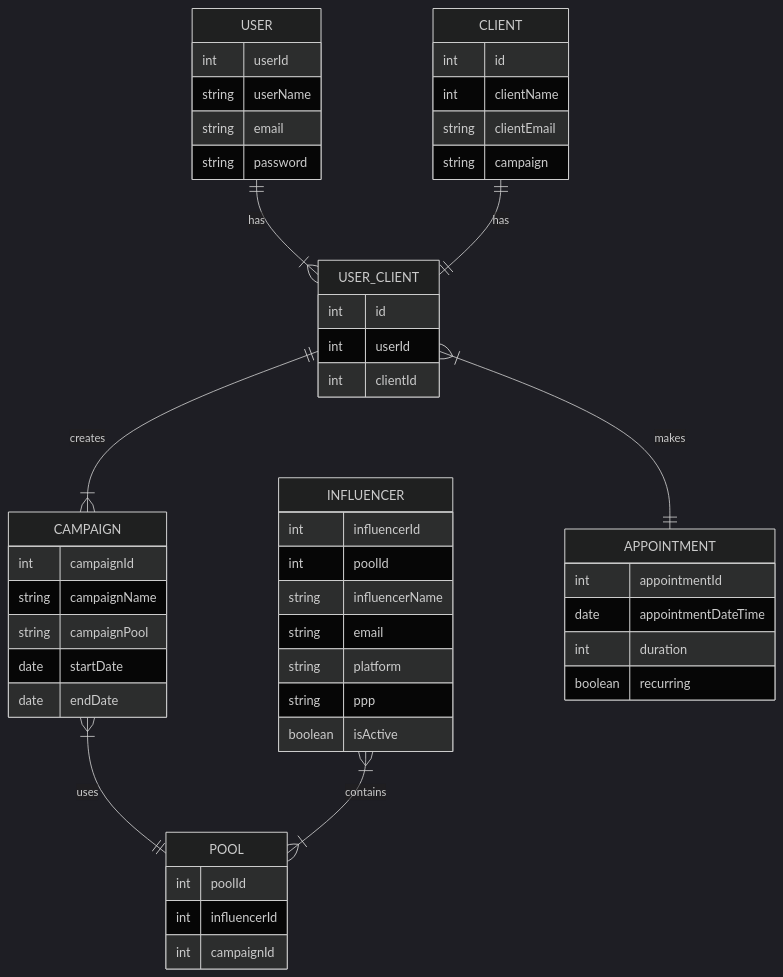
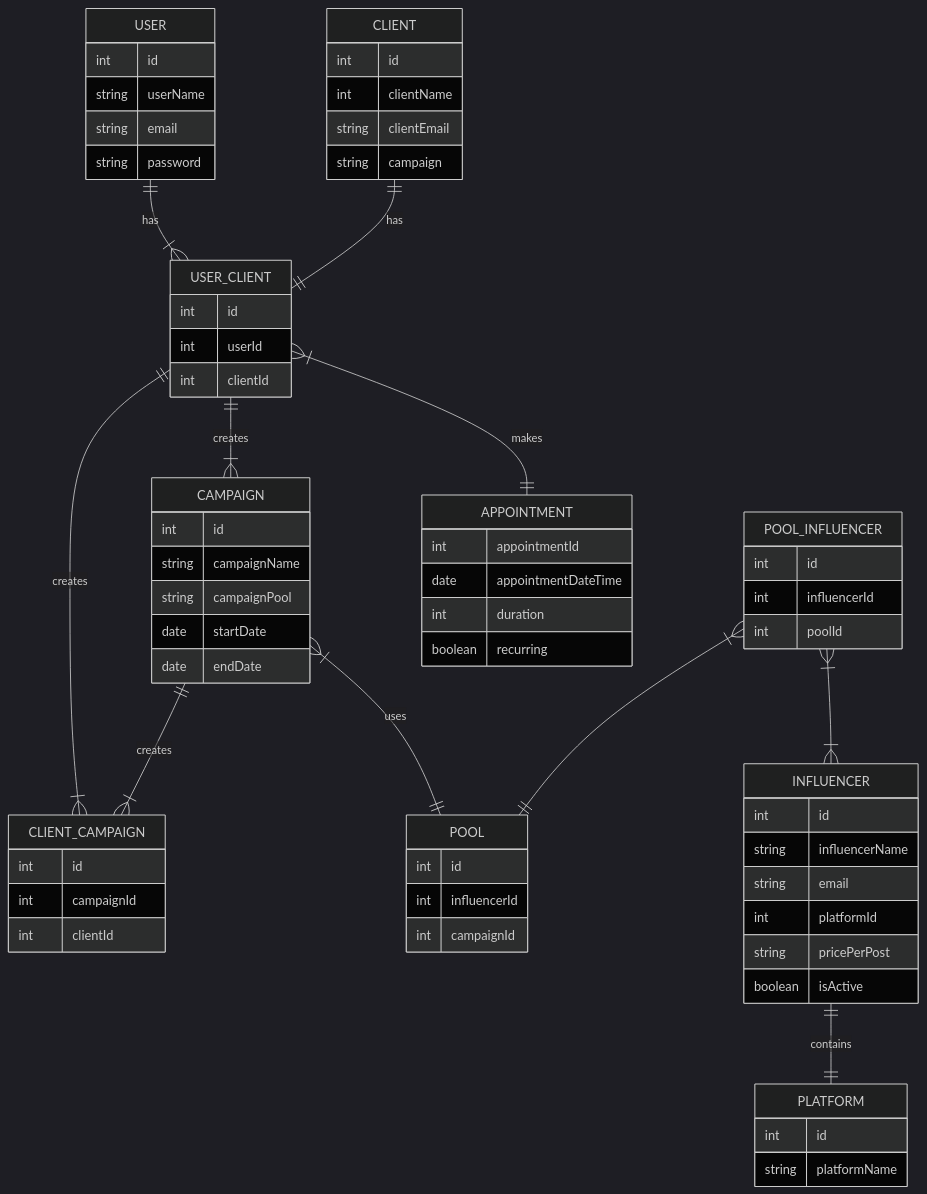
Before and after one commit to ConorPMullan/swim-marketing: the second of 2 diagrams in README.md, drawn with Mermaid.

````diff
--- a/README.md
+++ b/README.md
@@ -53,56 +53,73 @@
 ``` mermaid
 %%{init: {'theme': 'dark' } }%%
 
 erDiagram
     USER {
-        int userId
+        int id
         string userName
         string email
         string password
     }
     USER_CLIENT {
         int id
         int userId
         int clientId
     }
     CLIENT {
         int id
         int clientName
         string clientEmail
         string campaign
     }
+    CLIENT_CAMPAIGN {
+        int id
+        int campaignId
+        int clientId
+    }
     CAMPAIGN {
-        int campaignId
+        int id
         string campaignName
         string campaignPool
         date startDate
         date endDate
     }
     POOL {
-        int poolId
+        int id
         int influencerId
         int campaignId
     }
-    INFLUENCER {
+    POOL_INFLUENCER {
+        int id
         int influencerId
         int poolId
+    }
+    INFLUENCER {
+        int id
         string influencerName
         string email
-        string platform
-        string ppp
+        int platformId
+        string pricePerPost
         boolean isActive
+    }
+    PLATFORM {
+        int id
+        string platformName
     }
     APPOINTMENT {
         int appointmentId
         date appointmentDateTime
         int duration
         boolean recurring
     }
     USER ||--|{ USER_CLIENT: "has"
     CLIENT ||--|| USER_CLIENT: "has"
     USER_CLIENT ||--|{ CAMPAIGN : "creates"
+    USER_CLIENT ||--|{ CLIENT_CAMPAIGN : "creates"
+    CAMPAIGN ||--|{ CLIENT_CAMPAIGN : "creates"
     USER_CLIENT }|--|| APPOINTMENT : "makes"
     CAMPAIGN }|--|| POOL : "uses"
-    INFLUENCER }|--|{ POOL : "contains"
+    POOL_INFLUENCER }|--|{ INFLUENCER : ""
+    POOL_INFLUENCER }|--|| POOL : ""
+    INFLUENCER ||--|| PLATFORM : "contains"
 
 ```
````
